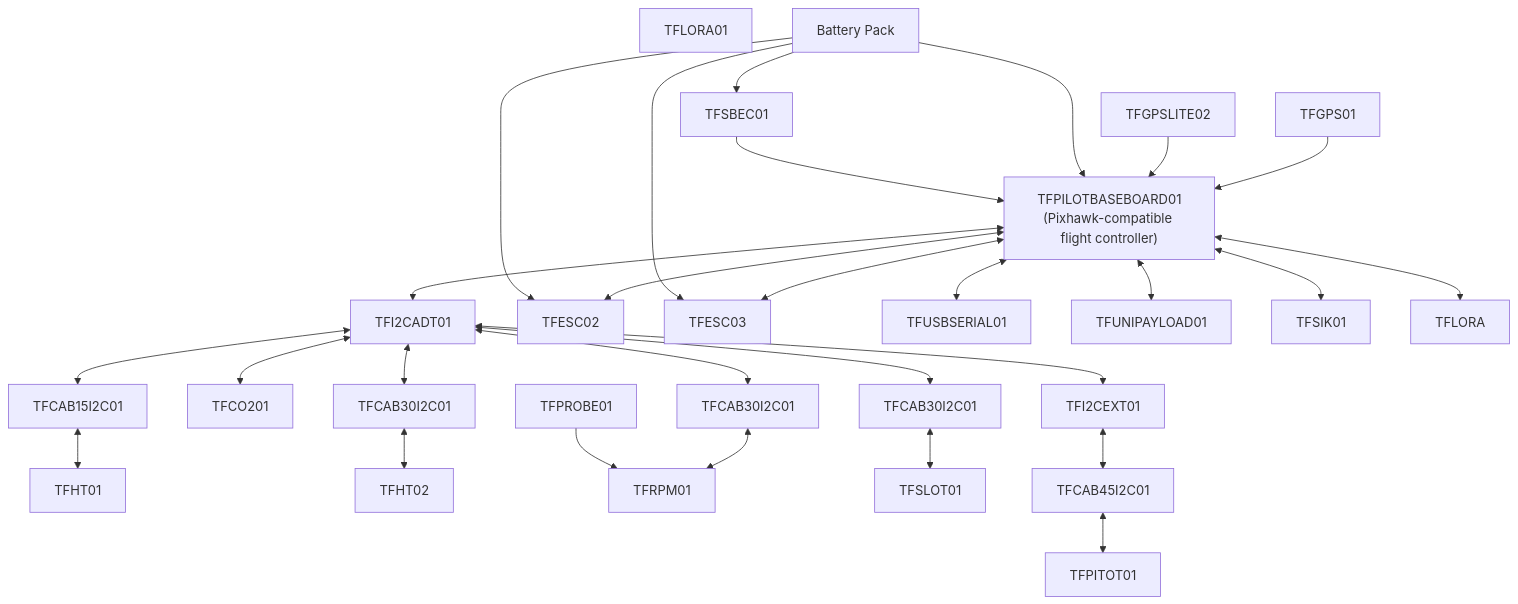
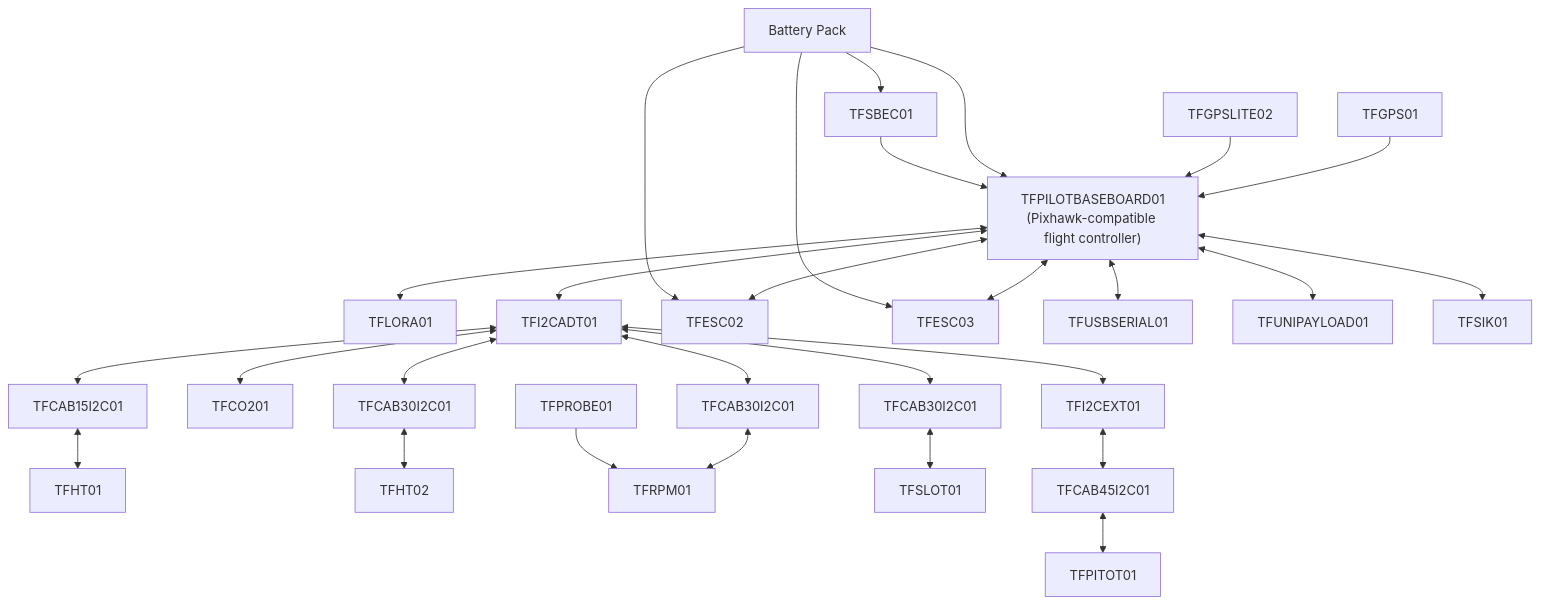
One commit to ThunderFly-aerospace/docs changed the diagram in avionics/index.md. Above: the diagram before and after it, drawn with Mermaid.

Commit message:
Update index.md
Fix broken diagram paths.

```diff
--- a/avionics/index.md
+++ b/avionics/index.md
@@ -49,7 +49,7 @@
 
 
 %% Edges (plain)
-FC <--> TFLORA
+FC <--> TFLORA01
 FC <--> TFI2CADT01
 FC <--> TFESC02
 FC <--> TFESC03
@@ -103,6 +103,7 @@
 click TFSIK01 "https://docs.thunderfly.cz/avionics/TFSIK01/" "TFSIK01 Documentation"
 click TFESC02 "https://docs.thunderfly.cz/avionics/TFESC02/" "TFESC02 Documentation"
 click TFESC03 "https://docs.thunderfly.cz/avionics/TFESC03/" "TFESC03 Documentation"
+click TFSBEC01 "https://docs.thunderfly.cz/avionics/TFESC03/" "TFSBEC01 Documentation"
 click CAB15_HT01 "https://docs.thunderfly.cz/avionics/TFCAB01/" "Cables Documentation"
 click CAB20_HT02 "https://docs.thunderfly.cz/avionics/TFCAB01/" "Cables Documentation"
 click CAB20_RPM "https://docs.thunderfly.cz/avionics/TFCAB01/" "Cables Documentation"
```
